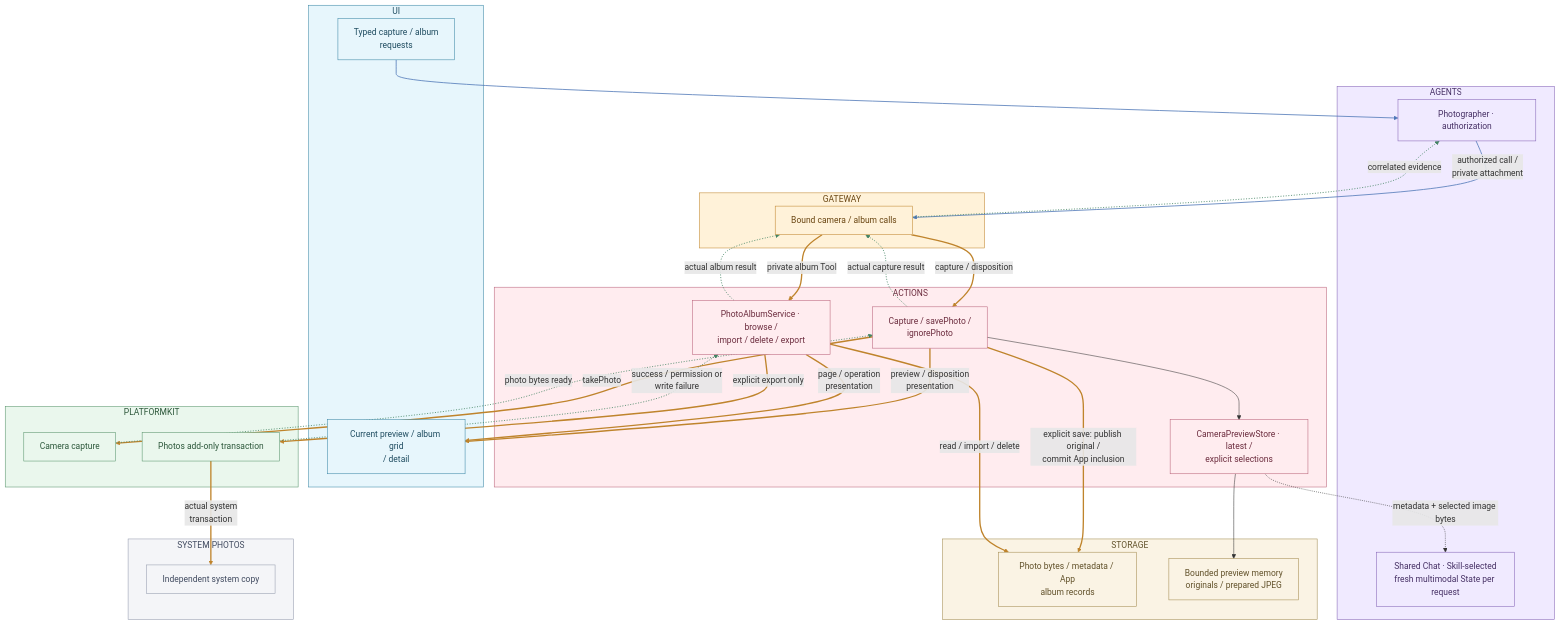
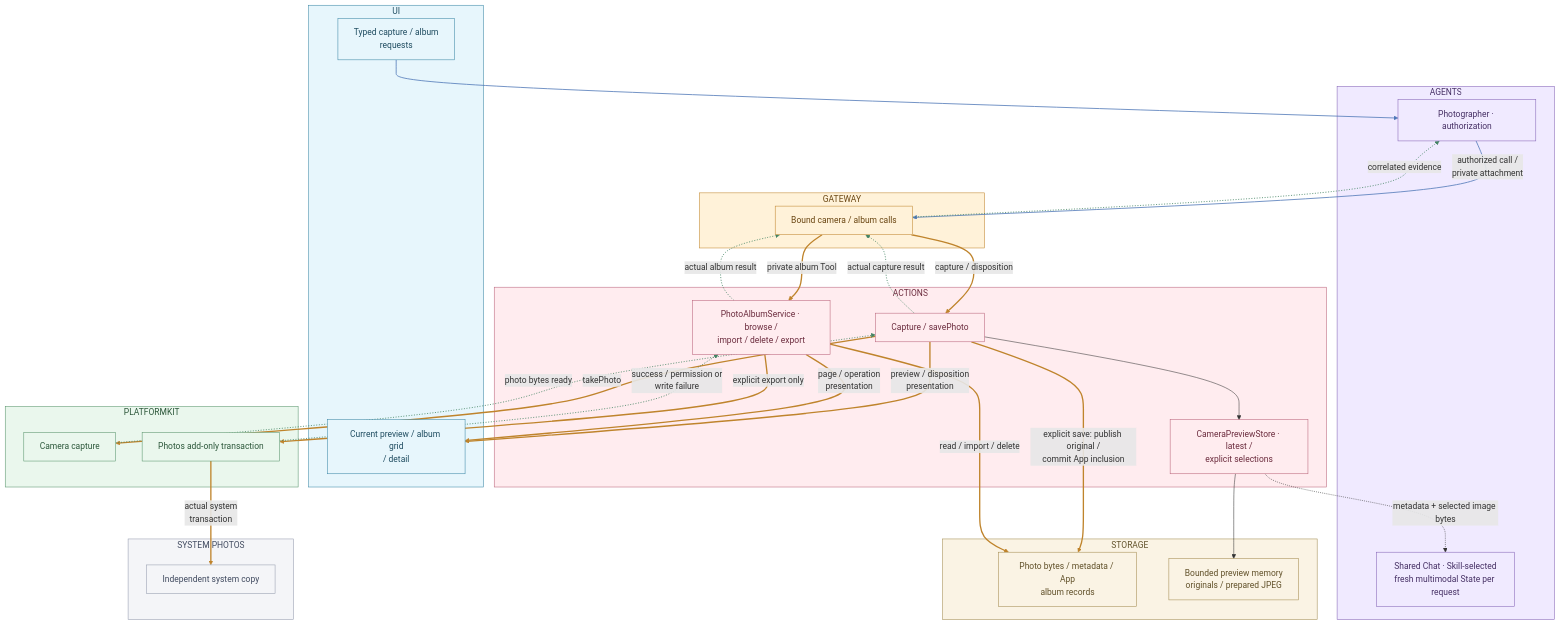
Diagram 19 of 26 in MobileHarness/README.md (devilyouwei/MobileHarness), drawn with Mermaid before and after one commit. The commit also changed other lines of this file and 75 other files, not shown here.

First line of the commit message:
refactor: remove channel overrides and photo ignore

````diff
--- a/MobileHarness/README.md
+++ b/MobileHarness/README.md
@@ -1149,79 +1147,79 @@
 ```mermaid
 flowchart TB
     subgraph Interaction["UI"]
         Request["Typed capture / album<br/>requests"]:::ui
         View["Current preview / album grid<br/>/ detail"]:::ui
     end
     style Interaction fill:#e7f6fc,stroke:#3985a4,color:#1f4c60
     subgraph Cognition["AGENTS"]
         A["Photographer · authorization"]:::agent
         Context["Shared Chat · Skill-selected<br/>fresh multimodal State per request"]:::agent
     end
     style Cognition fill:#f0eaff,stroke:#8261b5,color:#463065
     subgraph Coordination["GATEWAY"]
         G["Bound camera / album calls"]:::gateway
     end
     style Coordination fill:#fff2d9,stroke:#bf842c,color:#694511
     subgraph Execution["ACTIONS"]
-        Camera["Capture / savePhoto /<br/>ignorePhoto"]:::action
+        Camera["Capture / savePhoto"]:::action
         Preview["CameraPreviewStore · latest /<br/>explicit selections"]:::action
         Album["PhotoAlbumService · browse /<br/>import / delete / export"]:::action
     end
     style Execution fill:#ffecef,stroke:#b86178,color:#6b2b3d
     subgraph Native["PLATFORMKIT"]
         Capture["Camera capture"]:::platform
         Export["Photos add-only transaction"]:::platform
     end
     style Native fill:#eaf7ed,stroke:#56936a,color:#2c573a
     subgraph Persistence["STORAGE"]
         Store["Photo bytes / metadata / App<br/>album records"]:::storage
         Cache["Bounded preview memory<br/>originals / prepared JPEG"]:::storage
     end
     style Persistence fill:#faf3e4,stroke:#a18a4e,color:#61512a
     subgraph External["SYSTEM PHOTOS"]
         Copy["Independent system copy"]:::neutral
     end
     style External fill:#f4f5f8,stroke:#939bad,color:#414b60
     Request --> A
     A -->|"authorized call /<br/>private attachment"| G
     G ==>|"capture / disposition"| Camera
     G ==>|"private album Tool"| Album
     Camera ==>|"takePhoto"| Capture
     Capture -.->|"photo bytes ready"| Camera
     Camera ==>|"explicit save: publish original /<br/>commit App inclusion"| Store
     Camera ==>|"preview / disposition<br/>presentation"| View
     Album ==>|"read / import / delete"| Store
     Album ==>|"explicit export only"| Export
     Export ==>|"actual system<br/>transaction"| Copy
     Export -.->|"success / permission or<br/>write failure"| Album
     Album ==>|"page / operation<br/>presentation"| View
     Camera -.->|"actual capture result"| G
     Album -.->|"actual album result"| G
     G -.->|"correlated evidence"| A
     Camera --> Preview
     Preview --> Cache
     Preview -.->|"metadata + selected image bytes"| Context
     classDef action fill:#ffecef,stroke:#b86178,color:#6b2b3d
     classDef agent fill:#f0eaff,stroke:#8261b5,color:#463065
     classDef gateway fill:#fff2d9,stroke:#bf842c,color:#694511
     classDef neutral fill:#f4f5f8,stroke:#939bad,color:#414b60
     classDef platform fill:#eaf7ed,stroke:#56936a,color:#2c573a
     classDef storage fill:#faf3e4,stroke:#a18a4e,color:#61512a
     classDef ui fill:#e7f6fc,stroke:#3985a4,color:#1f4c60
     linkStyle 0 stroke:#5078b8,stroke-width:1.5px
     linkStyle 1 stroke:#5078b8,stroke-width:1.5px
     linkStyle 2 stroke:#bf842c,stroke-width:2.5px
     linkStyle 3 stroke:#bf842c,stroke-width:2.5px
     linkStyle 4 stroke:#bf842c,stroke-width:2.5px
     linkStyle 5 stroke:#438463,stroke-width:1.5px,stroke-dasharray:2 3
     linkStyle 6 stroke:#bf842c,stroke-width:2.5px
     linkStyle 7 stroke:#bf842c,stroke-width:2.5px
     linkStyle 8 stroke:#bf842c,stroke-width:2.5px
     linkStyle 9 stroke:#bf842c,stroke-width:2.5px
     linkStyle 10 stroke:#bf842c,stroke-width:2.5px
     linkStyle 11 stroke:#438463,stroke-width:1.5px,stroke-dasharray:2 3
     linkStyle 12 stroke:#bf842c,stroke-width:2.5px
     linkStyle 13 stroke:#438463,stroke-width:1.5px,stroke-dasharray:2 3
     linkStyle 14 stroke:#438463,stroke-width:1.5px,stroke-dasharray:2 3
     linkStyle 15 stroke:#438463,stroke-width:1.5px,stroke-dasharray:2 3
 ```
````
